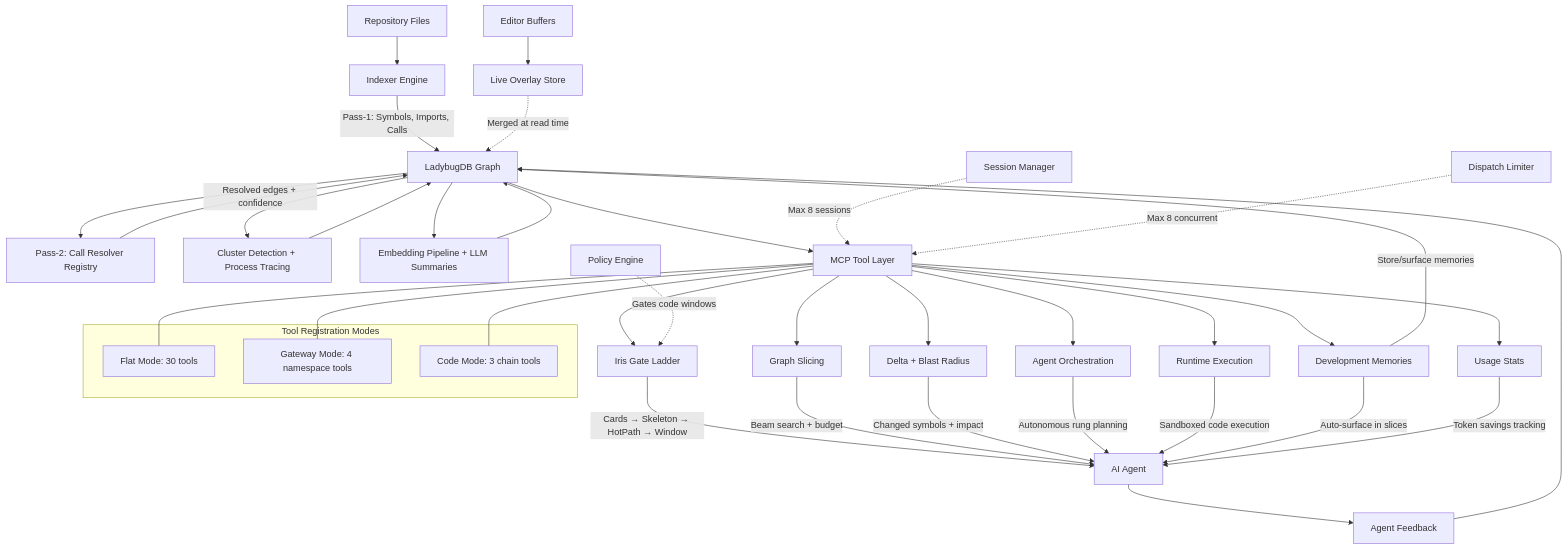
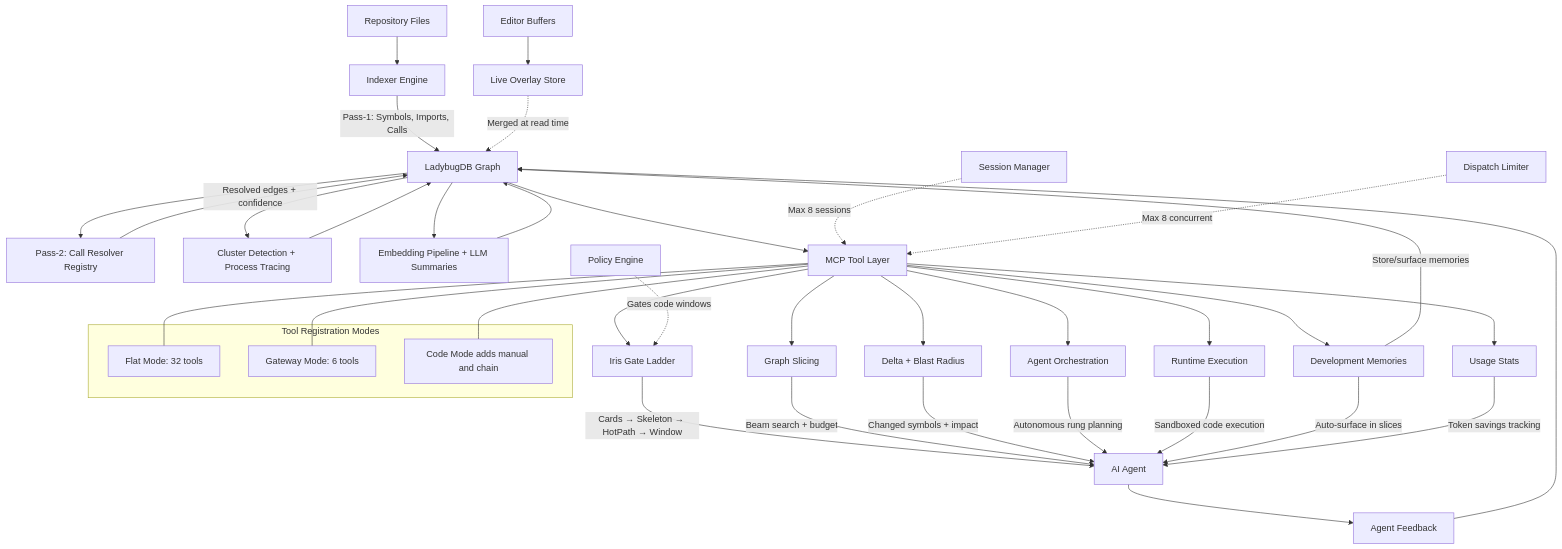
The diagram in docs/architecture.md (GlitterKill/sdl-mcp), drawn with Mermaid before and after one commit. The commit also changed other lines of this file and 45 other files, not shown here.

````diff
--- a/docs/architecture.md
+++ b/docs/architecture.md
@@ -676,57 +691,57 @@
 ```mermaid
 graph TD
     A[Repository Files] --> B[Indexer Engine]
     B --> |Pass-1: Symbols, Imports, Calls| C[LadybugDB Graph]
 
     E[Editor Buffers] --> F[Live Overlay Store]
     F -.-> |Merged at read time| C
 
     C --> G[Pass-2: Call Resolver Registry]
     G --> |Resolved edges + confidence| C
 
     C --> H[Cluster Detection + Process Tracing]
     H --> C
 
     C --> I[Embedding Pipeline + LLM Summaries]
     I --> C
 
     C --> J[MCP Tool Layer]
 
     subgraph Tool Registration Modes
-        J1[Flat Mode: 30 tools]
-        J2[Gateway Mode: 4 namespace tools]
-        J3[Code Mode: 3 chain tools]
+        J1[Flat Mode: 32 tools]
+        J2[Gateway Mode: 6 tools]
+        J3[Code Mode adds manual and chain]
     end
     J --- J1
     J --- J2
     J --- J3
 
     J --> K[Iris Gate Ladder]
     K --> |Cards → Skeleton → HotPath → Window| L[AI Agent]
 
     J --> M[Graph Slicing]
     M --> |Beam search + budget| L
 
     J --> N[Delta + Blast Radius]
     N --> |Changed symbols + impact| L
 
     J --> O[Agent Orchestration]
     O --> |Autonomous rung planning| L
 
     J --> U[Runtime Execution]
     U --> |Sandboxed code execution| L
 
     L --> P[Agent Feedback]
     P --> C
 
     J --> T[Development Memories]
     T --> |Store/surface memories| C
     T --> |Auto-surface in slices| L
 
     J --> V[Usage Stats]
     V --> |Token savings tracking| L
 
     Q[Policy Engine] -.-> |Gates code windows| K
     R[Session Manager] -.-> |Max 8 sessions| J
     S[Dispatch Limiter] -.-> |Max 8 concurrent| J
 ```
````
